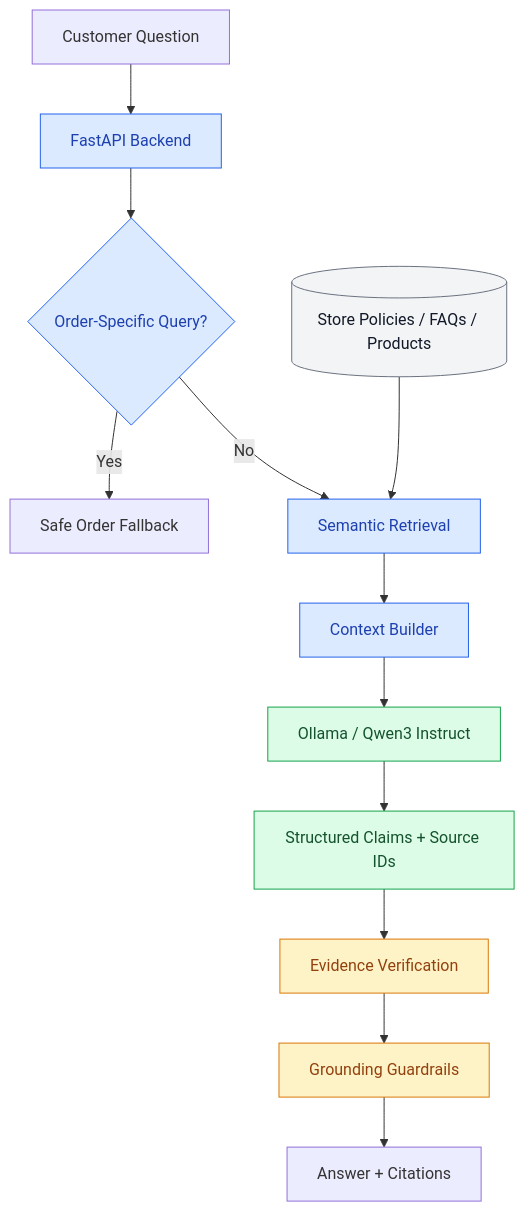
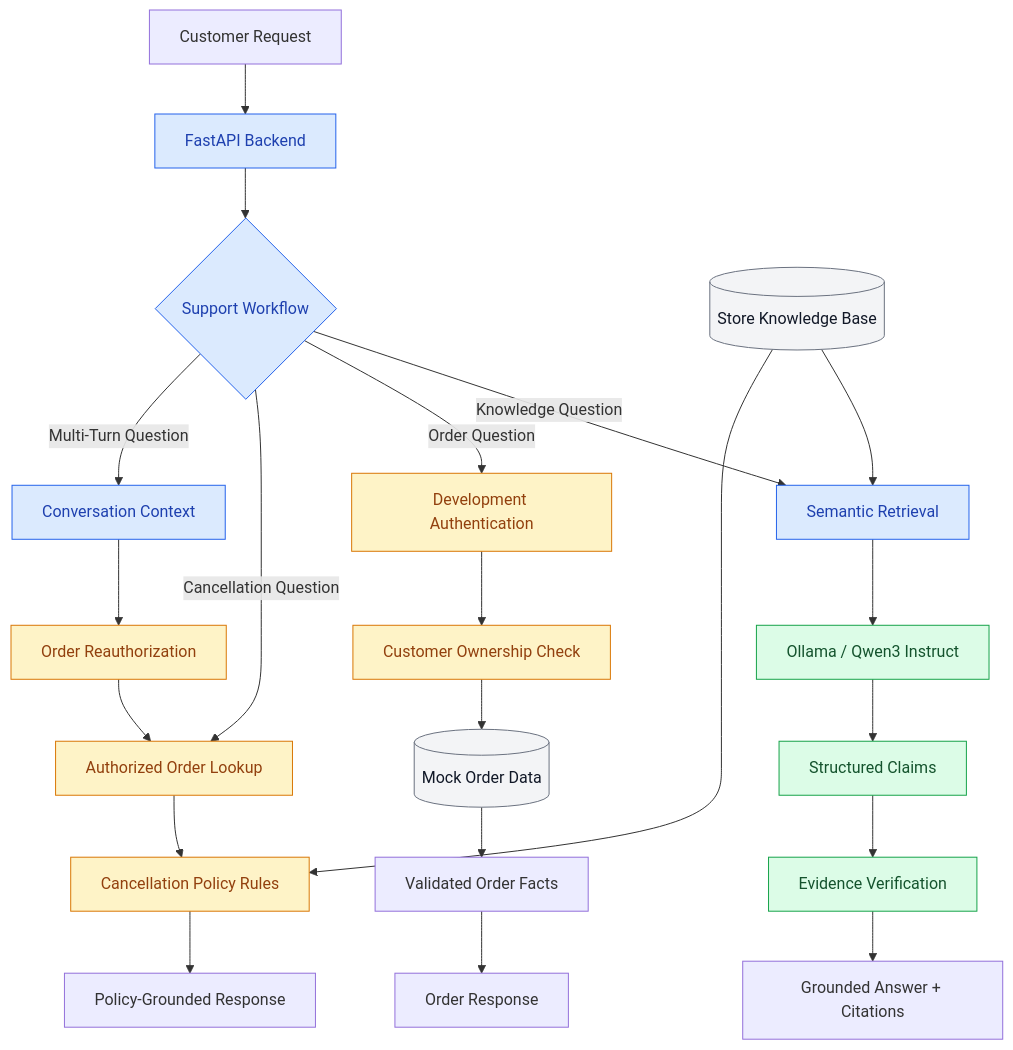
Before and after one commit to MausamThakrar/ai-commerce-support-assistant: the diagram in README.md, drawn with Mermaid. The commit also changed other lines of this file, not shown here.

Commit message:
docs: document order-aware support and multi-turn workflows

````diff
--- a/README.md
+++ b/README.md
@@ -17,26 +17,37 @@
 ```mermaid
 flowchart TD
-    A["Customer Question"] --> B["FastAPI Backend"]
-    B --> C{"Order-Specific Query?"}
+    A["Customer Request"] --> B["FastAPI Backend"]
+    B --> C{"Support Workflow"}
 
-    C -->|Yes| D["Safe Order Fallback"]
-    C -->|No| E["Semantic Retrieval"]
+    C -->|Knowledge Question| D["Semantic Retrieval"]
+    K[("Store Knowledge Base")] --> D
+    D --> E["Ollama / Qwen3 Instruct"]
+    E --> F["Structured Claims"]
+    F --> G["Evidence Verification"]
+    G --> H["Grounded Answer + Citations"]
 
-    K[("Store Policies / FAQs / Products")] --> E
-    E --> F["Context Builder"]
-    F --> G["Ollama / Qwen3 Instruct"]
-    G --> H["Structured Claims + Source IDs"]
-    H --> I["Evidence Verification"]
-    I --> J["Grounding Guardrails"]
-    J --> L["Answer + Citations"]
+    C -->|Order Question| I["Development Authentication"]
+    I --> J["Customer Ownership Check"]
+    J --> L[("Mock Order Data")]
+    L --> M["Validated Order Facts"]
+    M --> N["Order Response"]
+
+    C -->|Cancellation Question| O["Authorized Order Lookup"]
+    O --> P["Cancellation Policy Rules"]
+    K --> P
+    P --> Q["Policy-Grounded Response"]
+
+    C -->|Multi-Turn Question| R["Conversation Context"]
+    R --> S["Order Reauthorization"]
+    S --> O
 
     classDef api fill:#dbeafe,stroke:#2563eb,color:#1e40af
-    classDef model fill:#dcfce7,stroke:#16a34a,color:#14532d
-    classDef validation fill:#fef3c7,stroke:#d97706,color:#92400e
+    classDef ai fill:#dcfce7,stroke:#16a34a,color:#14532d
+    classDef security fill:#fef3c7,stroke:#d97706,color:#92400e
     classDef data fill:#f3f4f6,stroke:#6b7280,color:#111827
 
-    class B,C,E,F api
-    class G,H model
-    class I,J validation
-    class K data
+    class B,C,D,R api
+    class E,F,G ai
+    class I,J,O,P,S security
+    class K,L data
 ```
````
